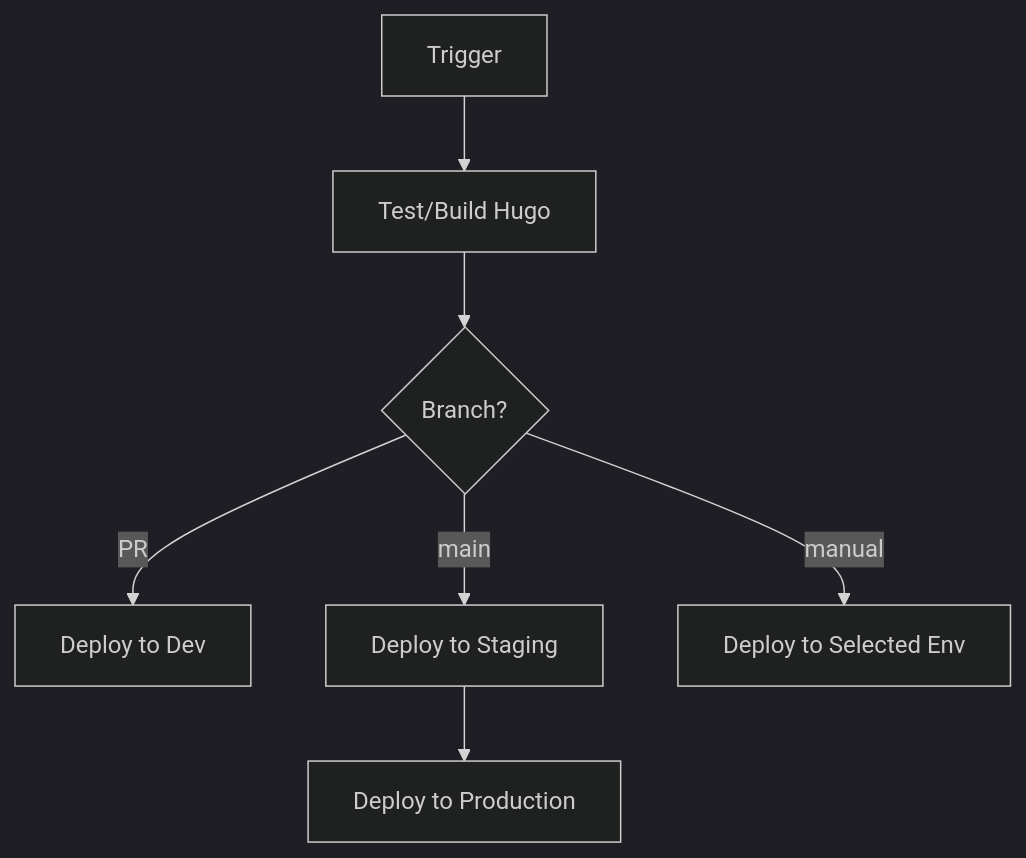
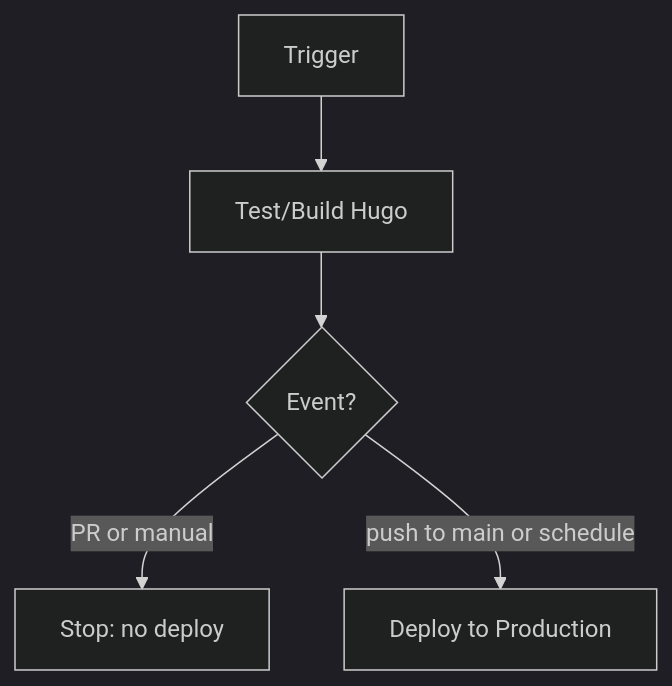
The diagram in .github/workflows/README.md (SupportTools/website), drawn with Mermaid (dark theme) before and after one commit. The commit also changed other lines of this file and 8 other files, not shown here.

````diff
--- a/.github/workflows/README.md
+++ b/.github/workflows/README.md
@@ -19,9 +19,7 @@
 ```mermaid
 graph TD
     A[Trigger] --> B[Test/Build Hugo]
-    B --> C{Branch?}
-    C -->|PR| D[Deploy to Dev]
-    C -->|main| E[Deploy to Staging]
-    E --> F[Deploy to Production]
-    C -->|manual| G[Deploy to Selected Env]
+    B --> C{Event?}
+    C -->|PR or manual| D[Stop: no deploy]
+    C -->|push to main or schedule| F[Deploy to Production]
 ```
````
